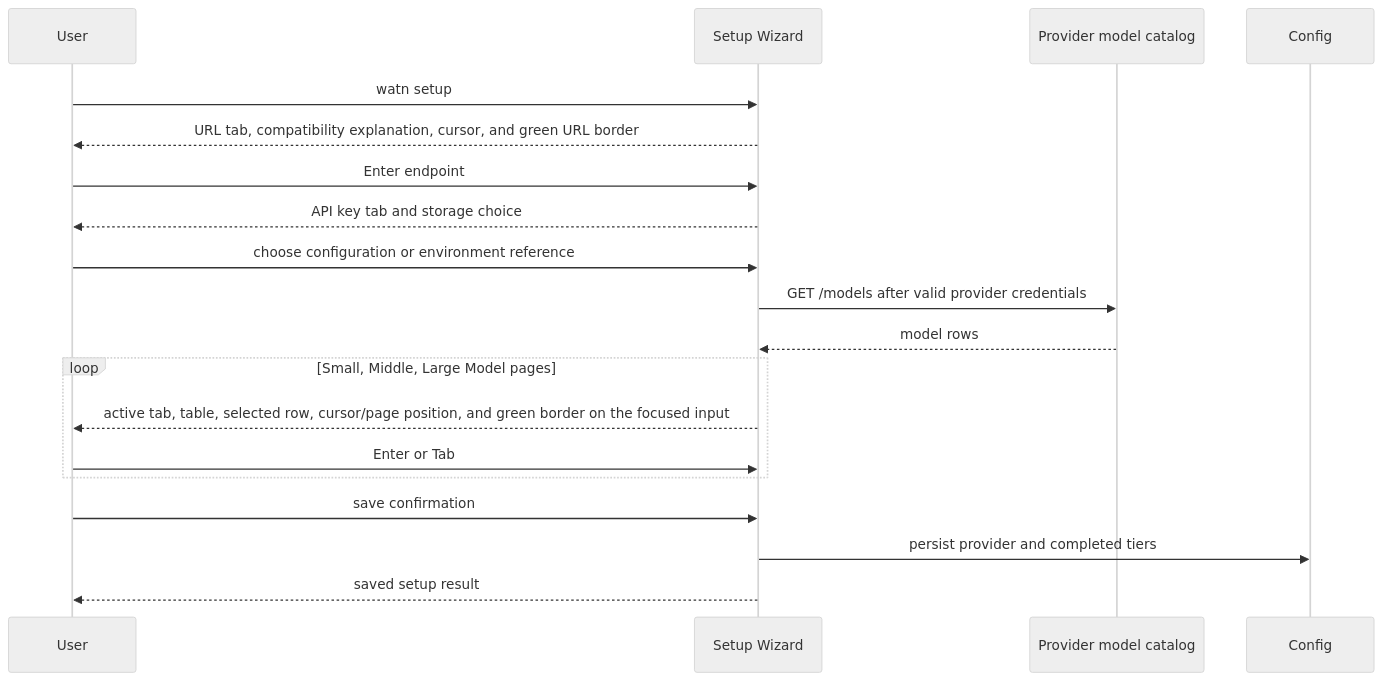
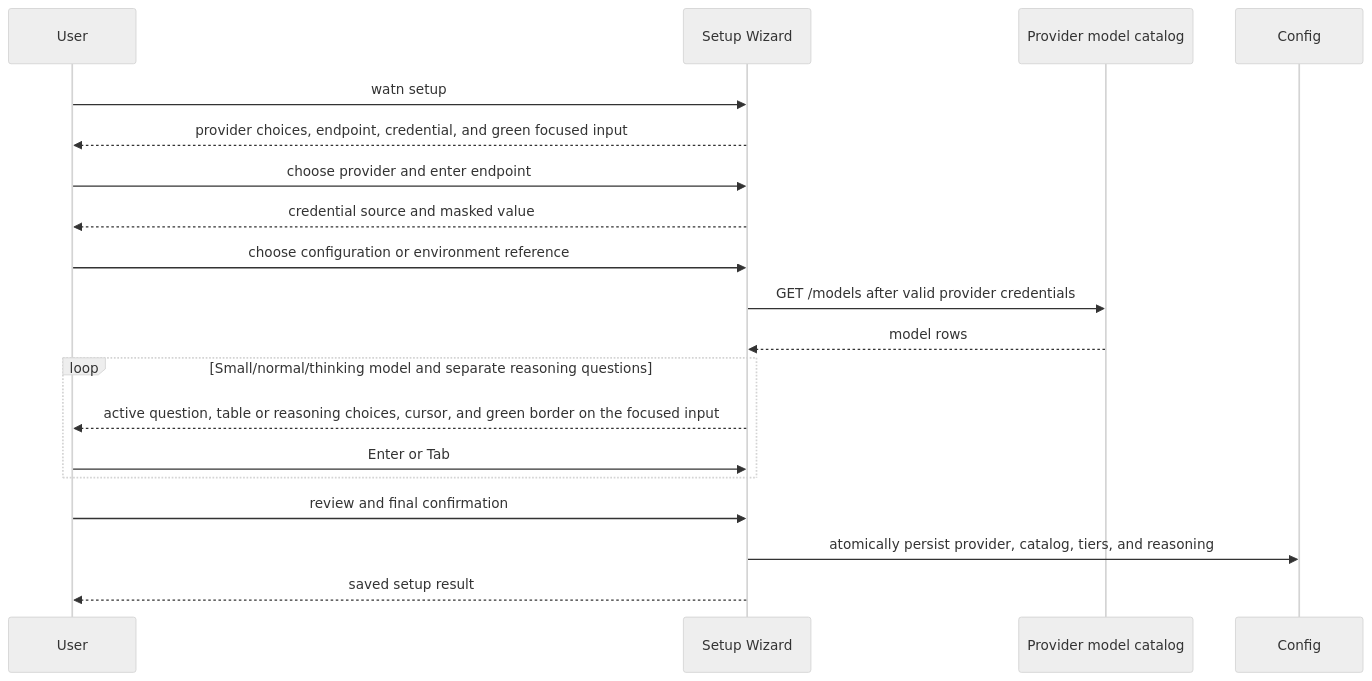
Before and after one commit to buster/watn: diagram 15 of 21 in docs/arc42/06-runtime-view.md, drawn with Mermaid (neutral theme). The commit also changed other lines of this file and 26 other files, not shown here.

````diff
--- a/docs/arc42/06-runtime-view.md
+++ b/docs/arc42/06-runtime-view.md
@@ -540,22 +583,22 @@
 ```mermaid
 sequenceDiagram
     participant User as User
     participant Wizard as Setup Wizard
     participant Catalog as Provider model catalog
     participant Config as Config
 
     User->>Wizard: watn setup
-    Wizard-->>User: URL tab, compatibility explanation, cursor, and green URL border
-    User->>Wizard: Enter endpoint
-    Wizard-->>User: API key tab and storage choice
+    Wizard-->>User: provider choices, endpoint, credential, and green focused input
+    User->>Wizard: choose provider and enter endpoint
+    Wizard-->>User: credential source and masked value
     User->>Wizard: choose configuration or environment reference
     Wizard->>Catalog: GET /models after valid provider credentials
     Catalog-->>Wizard: model rows
-    loop Small, Middle, Large Model pages
-        Wizard-->>User: active tab, table, selected row, cursor/page position, and green border on the focused input
+    loop Small/normal/thinking model and separate reasoning questions
+        Wizard-->>User: active question, table or reasoning choices, cursor, and green border on the focused input
         User->>Wizard: Enter or Tab
     end
-    User->>Wizard: save confirmation
-    Wizard->>Config: persist provider and completed tiers
+    User->>Wizard: review and final confirmation
+    Wizard->>Config: atomically persist provider, catalog, tiers, and reasoning
     Wizard-->>User: saved setup result
 ```
````
